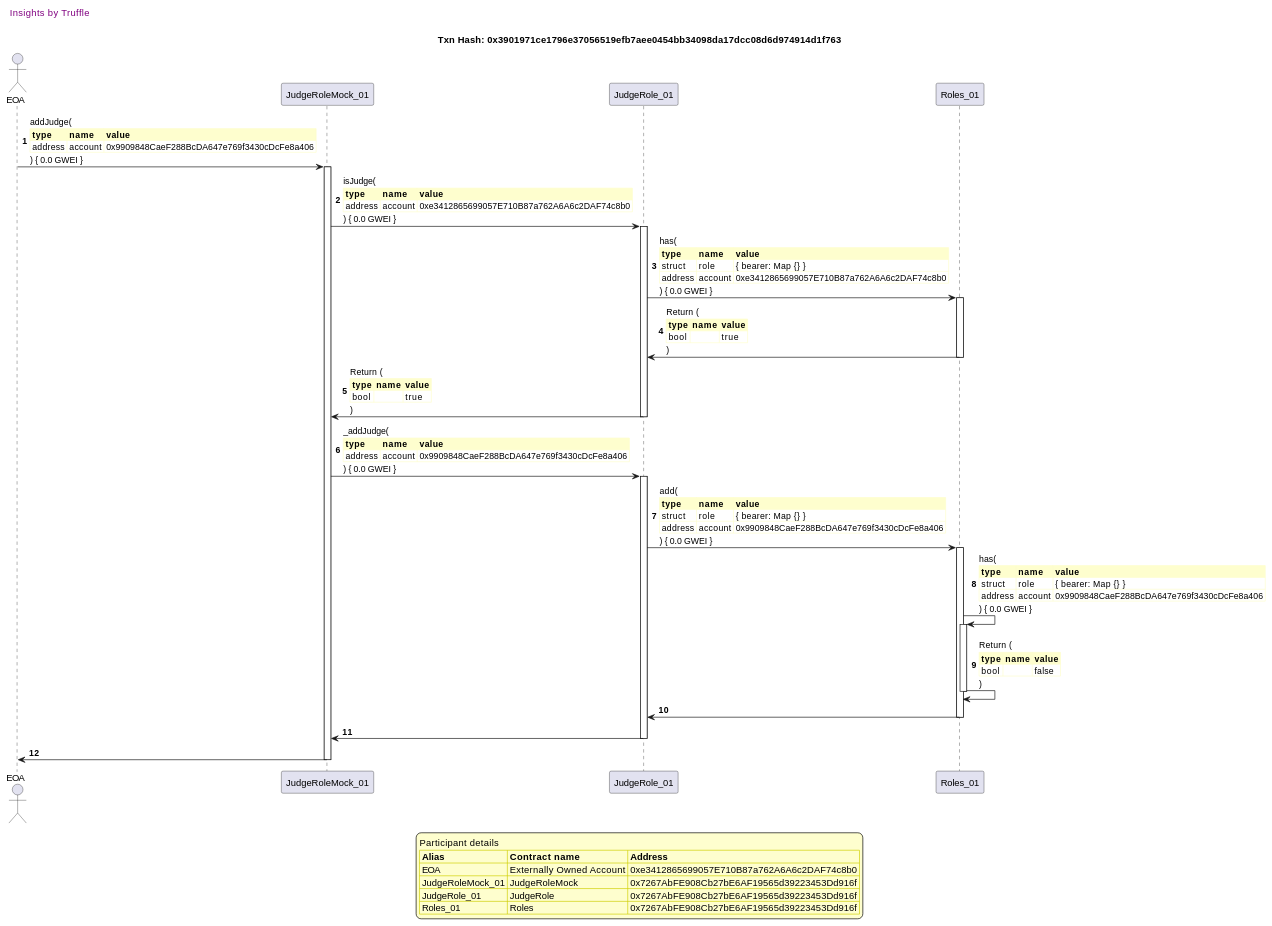
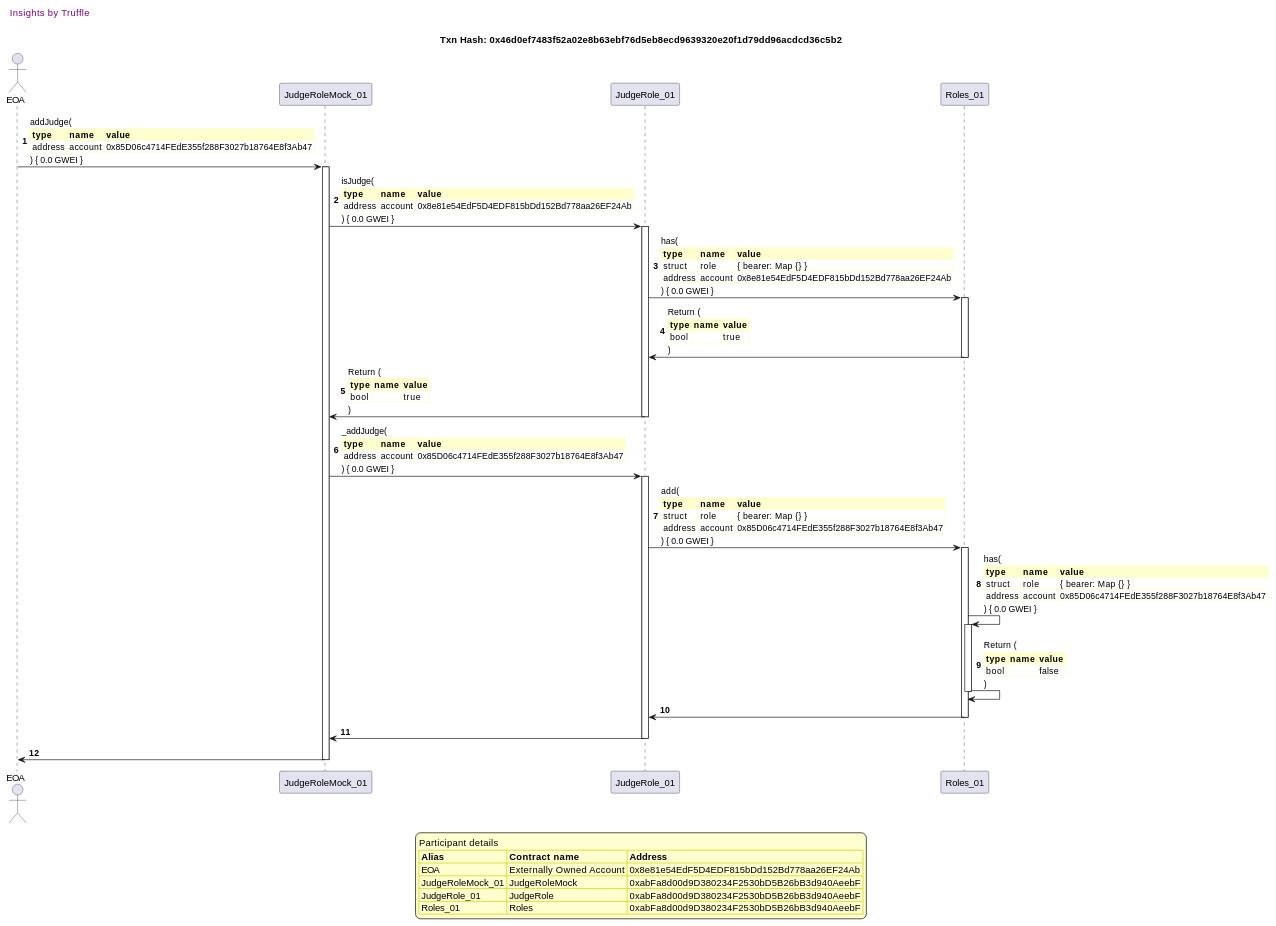
Before and after one commit to fodisi/hackapay: diagram 16 of 41 in truffle-seq/roles_judgerole.md, drawn with PlantUML. The commit also changed other lines of this file and 10 other files, not shown here.

````diff
--- a/truffle-seq/roles_judgerole.md
+++ b/truffle-seq/roles_judgerole.md
@@ -1208,81 +1208,81 @@
 ```plantuml
 
 
 @startuml
 
 autonumber
 skinparam legendBackgroundColor #FEFECE
 
 <style>
       header {
         HorizontalAlignment left
         FontColor purple
         FontSize 14
         Padding 10
       }
     </style>
 
 header Insights by Truffle
 
-title Txn Hash: 0x3901971ce1796e37056519efb7aee0454bb34098da17dcc08d6d974914d1f763
+title Txn Hash: 0x46d0ef7483f52a02e8b63ebf76d5eb8ecd9639320e20f1d79dd96acdcd36c5b2
 
 
 actor EOA as "EOA"
 participant JudgeRoleMock_01 as "JudgeRoleMock_01"
 participant JudgeRole_01 as "JudgeRole_01"
 participant Roles_01 as "Roles_01"
 
 "EOA" -> "JudgeRoleMock_01" ++: addJudge(\n\
 <#FEFECE,#FEFECE>|= type |= name |= value |\n\
-| address | account | 0x9909848CaeF288BcDA647e769f3430cDcFe8a406 |\n\
+| address | account | 0x85D06c4714FEdE355f288F3027b18764E8f3Ab47 |\n\
 ) { 0.0 GWEI }
 "JudgeRoleMock_01" -> "JudgeRole_01" ++: isJudge(\n\
 <#FEFECE,#FEFECE>|= type |= name |= value |\n\
-| address | account | 0xe3412865699057E710B87a762A6A6c2DAF74c8b0 |\n\
+| address | account | 0x8e81e54EdF5D4EDF815bDd152Bd778aa26EF24Ab |\n\
 ) { 0.0 GWEI }
 "JudgeRole_01" -> "Roles_01" ++: has(\n\
 <#FEFECE,#FEFECE>|= type |= name |= value |\n\
 | struct | role | { bearer: Map {} } |\n\
-| address | account | 0xe3412865699057E710B87a762A6A6c2DAF74c8b0 |\n\
+| address | account | 0x8e81e54EdF5D4EDF815bDd152Bd778aa26EF24Ab |\n\
 ) { 0.0 GWEI }
 "Roles_01" -> "JudgeRole_01" --: Return (\n\
 <#FEFECE,#FEFECE>|= type |= name |= value |\n\
 | bool |  | true |\n\
 )
 "JudgeRole_01" -> "JudgeRoleMock_01" --: Return (\n\
 <#FEFECE,#FEFECE>|= type |= name |= value |\n\
 | bool |  | true |\n\
 )
 "JudgeRoleMock_01" -> "JudgeRole_01" ++: _addJudge(\n\
 <#FEFECE,#FEFECE>|= type |= name |= value |\n\
-| address | account | 0x9909848CaeF288BcDA647e769f3430cDcFe8a406 |\n\
+| address | account | 0x85D06c4714FEdE355f288F3027b18764E8f3Ab47 |\n\
 ) { 0.0 GWEI }
 "JudgeRole_01" -> "Roles_01" ++: add(\n\
 <#FEFECE,#FEFECE>|= type |= name |= value |\n\
 | struct | role | { bearer: Map {} } |\n\
-| address | account | 0x9909848CaeF288BcDA647e769f3430cDcFe8a406 |\n\
+| address | account | 0x85D06c4714FEdE355f288F3027b18764E8f3Ab47 |\n\
 ) { 0.0 GWEI }
 "Roles_01" -> "Roles_01" ++: has(\n\
 <#FEFECE,#FEFECE>|= type |= name |= value |\n\
 | struct | role | { bearer: Map {} } |\n\
-| address | account | 0x9909848CaeF288BcDA647e769f3430cDcFe8a406 |\n\
+| address | account | 0x85D06c4714FEdE355f288F3027b18764E8f3Ab47 |\n\
 ) { 0.0 GWEI }
 "Roles_01" -> "Roles_01" --: Return (\n\
 <#FEFECE,#FEFECE>|= type |= name |= value |\n\
 | bool |  | false |\n\
 )
 "Roles_01" -> "JudgeRole_01" --: 
 "JudgeRole_01" -> "JudgeRoleMock_01" --: 
 "JudgeRoleMock_01" -> "EOA" --: 
 
 legend
 Participant details
 <#FEFECE,#D0D000>|= Alias |= Contract name |= Address |
-<#FEFECE>| EOA | Externally Owned Account | 0xe3412865699057E710B87a762A6A6c2DAF74c8b0 |
-<#FEFECE>| JudgeRoleMock_01 | JudgeRoleMock | 0x7267AbFE908Cb27bE6AF19565d39223453Dd916f |
-<#FEFECE>| JudgeRole_01 | JudgeRole | 0x7267AbFE908Cb27bE6AF19565d39223453Dd916f |
-<#FEFECE>| Roles_01 | Roles | 0x7267AbFE908Cb27bE6AF19565d39223453Dd916f |
+<#FEFECE>| EOA | Externally Owned Account | 0x8e81e54EdF5D4EDF815bDd152Bd778aa26EF24Ab |
+<#FEFECE>| JudgeRoleMock_01 | JudgeRoleMock | 0xabFa8d00d9D380234F2530bD5B26bB3d940AeebF |
+<#FEFECE>| JudgeRole_01 | JudgeRole | 0xabFa8d00d9D380234F2530bD5B26bB3d940AeebF |
+<#FEFECE>| Roles_01 | Roles | 0xabFa8d00d9D380234F2530bD5B26bB3d940AeebF |
 endlegend
 
 @enduml
 ```
````
